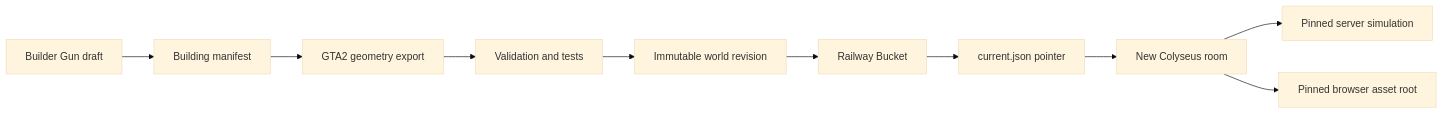
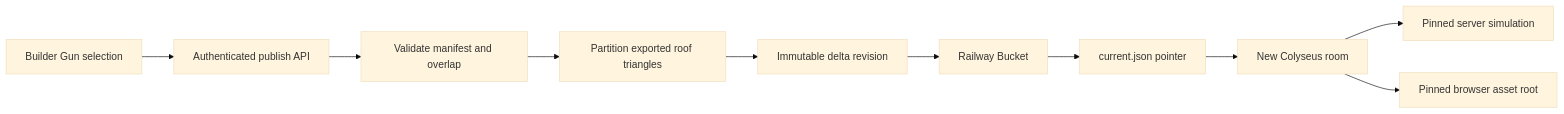
One commit to chukwuebukwa/hoodlyfe changed the diagram in docs/WORLD_CONTENT_ARCHITECTURE.md. Above: the diagram before and after it, drawn with Mermaid (base theme). The commit also changed other lines of this file and 20 other files, not shown here.

Commit message:
Publish Builder Gun interiors in game

````diff
--- a/docs/WORLD_CONTENT_ARCHITECTURE.md
+++ b/docs/WORLD_CONTENT_ARCHITECTURE.md
@@ -49,12 +49,12 @@
 ```mermaid
 flowchart LR
-  A["Builder Gun draft"] --> B["Building manifest"]
-  B --> C["GTA2 geometry export"]
-  C --> D["Validation and tests"]
-  D --> E["Immutable world revision"]
+  A["Builder Gun selection"] --> B["Authenticated publish API"]
+  B --> C["Validate manifest and overlap"]
+  C --> D["Partition exported roof triangles"]
+  D --> E["Immutable delta revision"]
   E --> F["Railway Bucket"]
   F --> G["current.json pointer"]
   G --> H["New Colyseus room"]
   H --> I["Pinned server simulation"]
   H --> J["Pinned browser asset root"]
 ```
````
